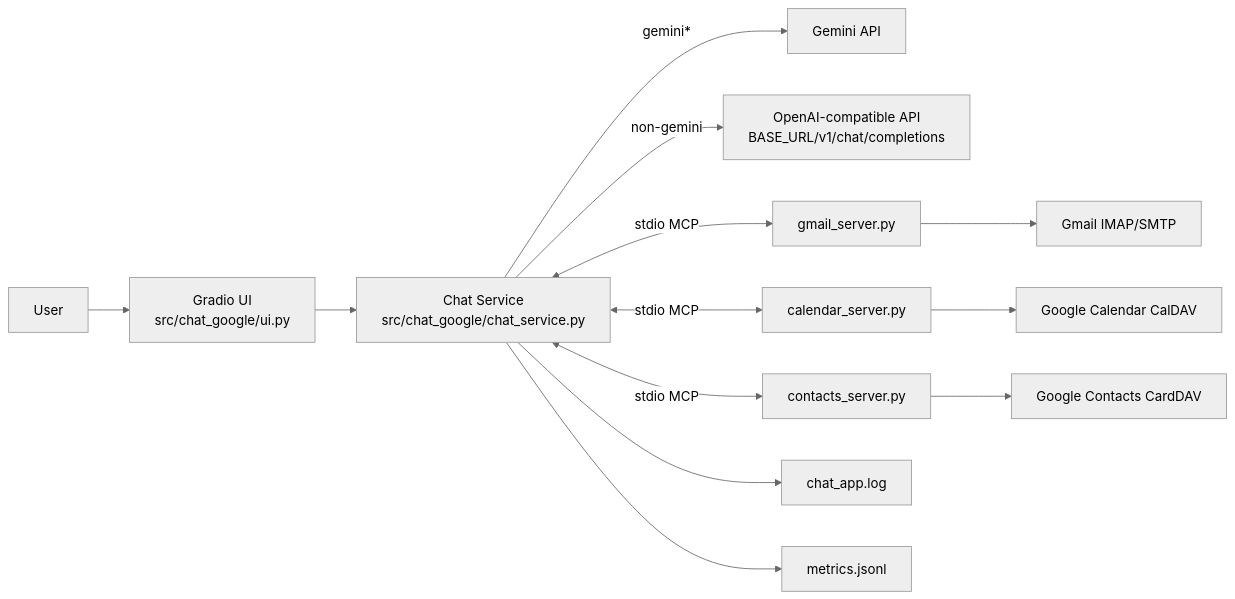
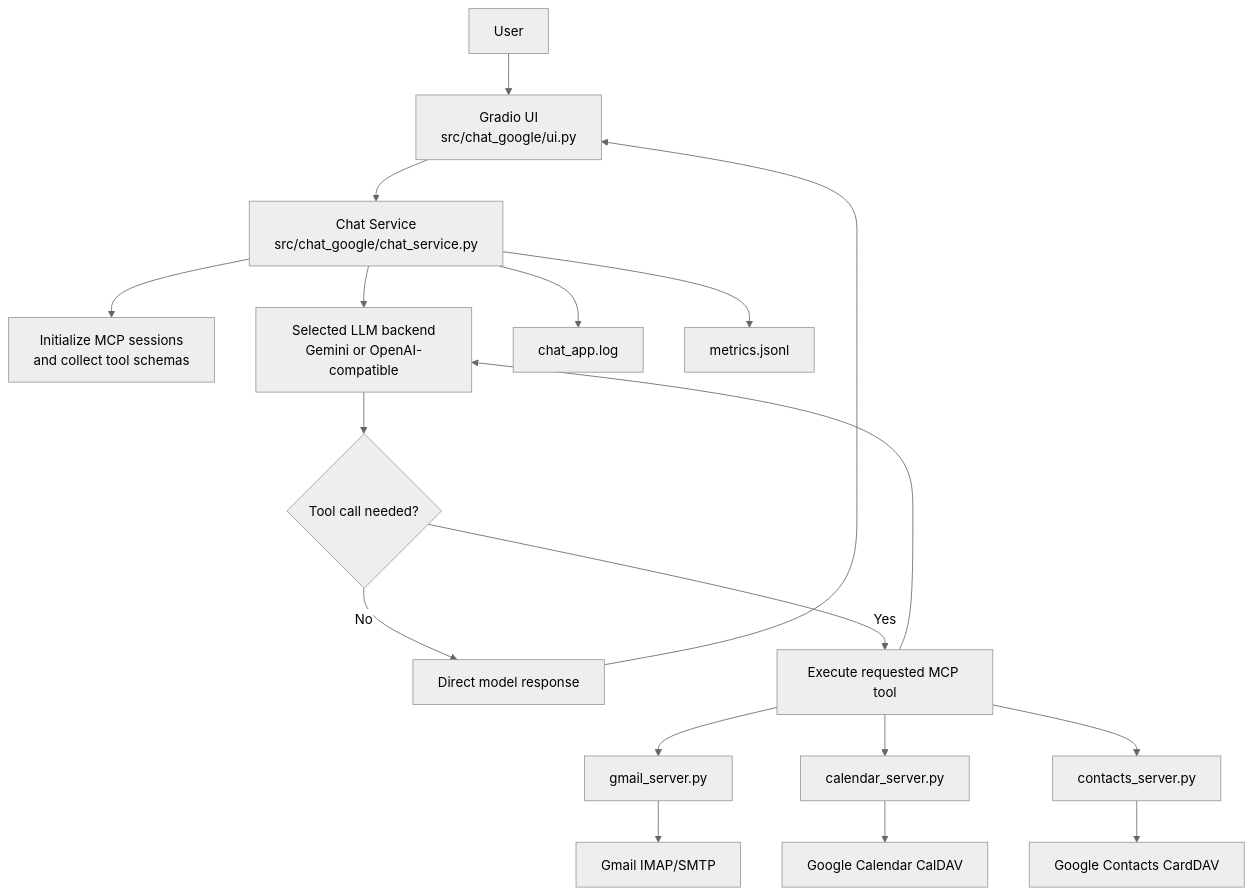
One commit to agungw132/chat-mcp-google changed the diagram in README.md. Above: the diagram before and after it, drawn with Mermaid (neutral theme). The commit also changed other lines of this file and 2 other files, not shown here.

Commit message:
Refine architecture docs and align documentation language

````diff
--- a/README.md
+++ b/README.md
@@ -30,19 +45,26 @@
 ```mermaid
-flowchart LR
+flowchart TD
     U[User] --> UI[Gradio UI<br/>src/chat_google/ui.py]
     UI --> CS[Chat Service<br/>src/chat_google/chat_service.py]
 
-    CS -->|gemini*| G[Gemini API]
-    CS -->|non-gemini| O[OpenAI-compatible API<br/>BASE_URL/v1/chat/completions]
+    CS --> MCPREG[Initialize MCP sessions<br/>and collect tool schemas]
+    CS --> LLM[Selected LLM backend<br/>Gemini or OpenAI-compatible]
 
-    CS <-->|stdio MCP| MG[gmail_server.py]
-    CS <-->|stdio MCP| MC[calendar_server.py]
-    CS <-->|stdio MCP| MT[contacts_server.py]
+    LLM --> DEC{Tool call needed?}
+    DEC -- No --> RESP[Direct model response]
+    DEC -- Yes --> TOOL[Execute requested MCP tool]
+
+    TOOL --> MG[gmail_server.py]
+    TOOL --> MC[calendar_server.py]
+    TOOL --> MT[contacts_server.py]
 
     MG --> GI[Gmail IMAP/SMTP]
     MC --> GC[Google Calendar CalDAV]
     MT --> GCT[Google Contacts CardDAV]
 
+    TOOL --> LLM
+    RESP --> UI
+
     CS --> L[chat_app.log]
     CS --> M[metrics.jsonl]
 ```
````
